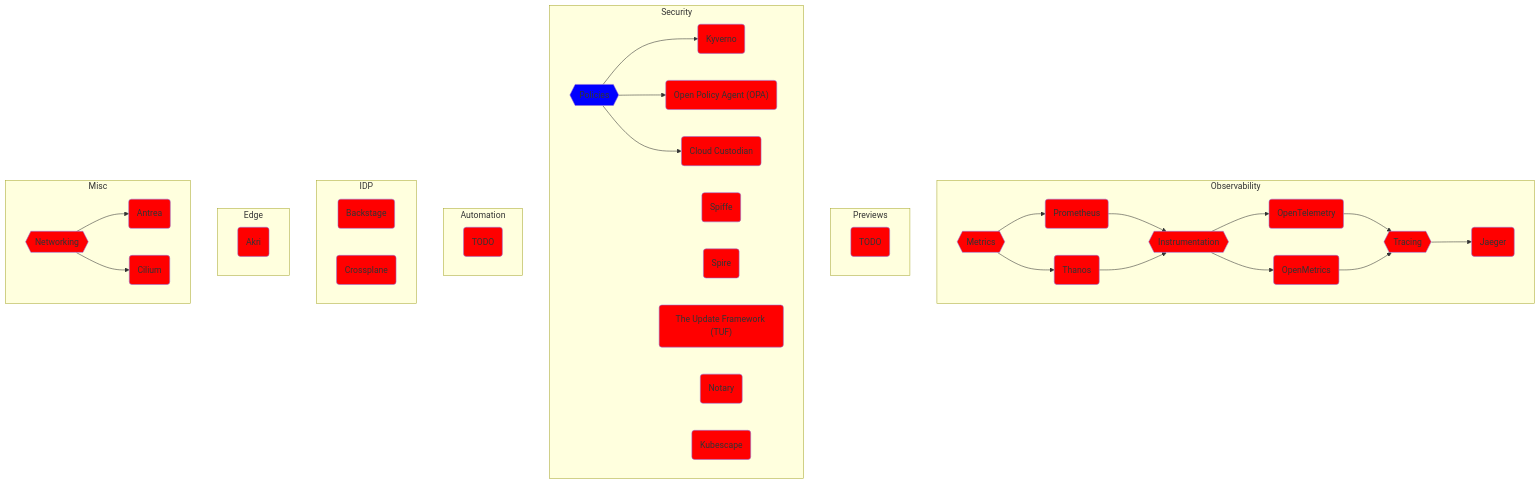
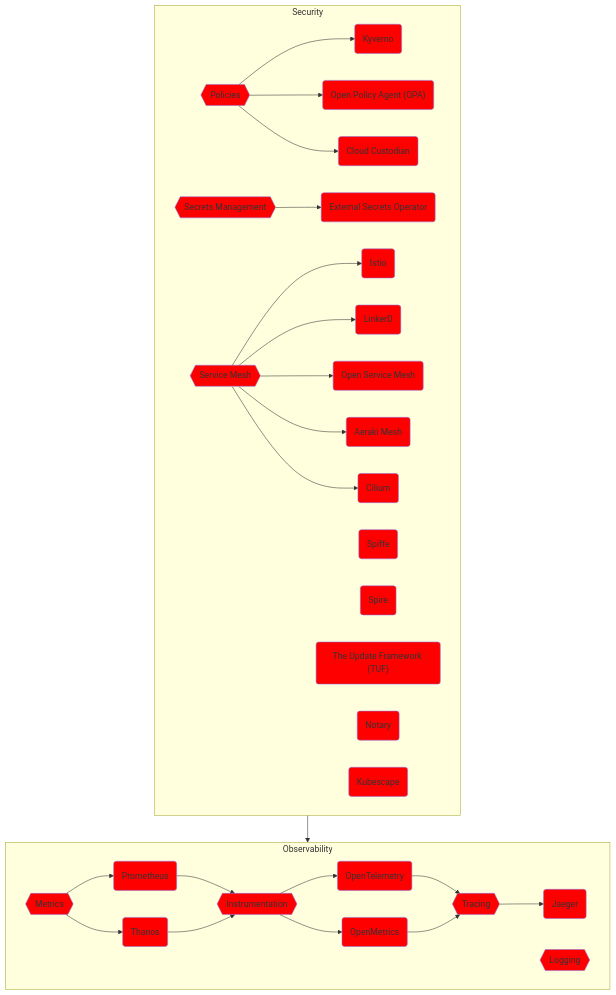
Before and after one commit to vfarcic/cncf-demo: the third of 8 diagrams in solution.md, drawn with Mermaid. The commit also changed other lines of this file and 2 other files, not shown here.

````diff
--- a/solution.md
+++ b/solution.md
@@ -390,5 +305,82 @@
 ```mermaid
 flowchart TD
+
+    subgraph Security
+
+        %% --------------
+        %% -- Policies --
+        %% --------------
+        policies{{Policies}}
+        click policies "https://github.com/vfarcic/cncf-demo/blob/main/manuscript/policies/story.md"
+        style policies fill:red
+        policies-kyverno(Kyverno)
+        click policies-kyverno "https://github.com/vfarcic/cncf-demo/blob/main/manuscript/policies/kyverno.md"
+        style policies-kyverno fill:red
+        policies-opa("Open Policy Agent (OPA)")
+        click policies-opa "https://github.com/vfarcic/cncf-demo/blob/main/manuscript/policies/opa.md"
+        style policies-opa fill:red
+        policies-cloud-custodian(Cloud Custodian)
+        click policies-cloud-custodian "https://github.com/vfarcic/cncf-demo/blob/main/manuscript/policies/cloud-custodian.md"
+        style policies-cloud-custodian fill:red
+
+        %% -- Policies Connections --
+        policies-->policies-kyverno
+        policies-->policies-opa
+        policies-->policies-cloud-custodian
+
+        %% ------------------------
+        %% -- Secrets Management --
+        %% ------------------------
+        secrets{{Secrets Management}}
+        click secrets "https://github.com/vfarcic/cncf-demo/blob/main/manuscript/secrets/story.md"
+        style secrets fill:red
+        external-secrets(External Secrets Operator)
+        click external-secrets "https://github.com/vfarcic/cncf-demo/blob/main/manuscript/secrets/external-secrets.md"
+        style external-secrets fill:red
+
+        %% -- Secrets Management Connections --
+        secrets-->external-secrets
+
+        %% ------------------
+        %% -- Service Mesh --
+        %% ------------------
+        service-mesh{{Service Mesh}}
+        click service-mesh "https://github.com/vfarcic/cncf-demo/blob/main/manuscript/service-mesh/story.md"
+        style service-mesh fill:red
+        service-mesh-istio(Istio)
+        click service-mesh-istio "https://github.com/vfarcic/cncf-demo/blob/main/manuscript/service-mesh/istio.md"
+        style service-mesh-istio fill:red
+        service-mesh-linkerd(LinkerD)
+        click service-mesh-linkerd "https://github.com/vfarcic/cncf-demo/blob/main/manuscript/service-mesh/linkerd.md"
+        style service-mesh-linkerd fill:red
+        service-mesh-open-service-mesh(Open Service Mesh)
+        click service-mesh-open-service-mesh "https://github.com/vfarcic/cncf-demo/blob/main/manuscript/service-mesh/open-service-mesh.md"
+        style service-mesh-open-service-mesh fill:red
+        service-mesh-aeraki-mesh(Aeraki Mesh)
+        click service-mesh-aeraki-mesh "https://github.com/vfarcic/cncf-demo/blob/main/manuscript/service-mesh/aeraki-mesh.md"
+        style service-mesh-aeraki-mesh fill:red
+        service-mesh-cilium(Cilium)
+        click service-mesh-cilium "https://github.com/vfarcic/cncf-demo/blob/main/manuscript/service-mesh/cilium.md"
+        style service-mesh-cilium fill:red
+        service-mesh --> service-mesh-istio & service-mesh-linkerd & service-mesh-open-service-mesh & service-mesh-aeraki-mesh & service-mesh-cilium
+
+        %% -----------
+        %% -- TODO: --
+        %% -----------
+        spiffe(Spiffe)
+        style spiffe fill:red
+        spire(Spire)
+        style spire fill:red
+        tuf("The Update Framework (TUF)")
+        style tuf fill:red
+        notary(Notary)
+        style notary fill:red
+        kubescape(Kubescape)
+        style kubescape fill:red
+
+    end
+
+    Security-->Observability
 
     subgraph Observability
 
@@ -431,92 +423,11 @@
         %% -- Tracing Connections --
         tracing-->tracing-jaeger
 
-    end
-
-    subgraph Previews
-
-        previews-todo(TODO)
-        style previews-todo fill:red
-
-    end
-
-    subgraph Security
-
-        %% --------------
-        %% -- Policies --
-        %% --------------
-        policies{{Policies}}
-        click policies "https://github.com/vfarcic/cncf-demo/blob/main/manuscript/policies/story.md"
-        style policies fill:blue
-        policies-kyverno(Kyverno)
-        click policies-kyverno "https://github.com/vfarcic/cncf-demo/blob/main/manuscript/policies/kyverno.md"
-        style policies-kyverno fill:red
-        policies-opa("Open Policy Agent (OPA)")
-        click policies-opa "https://github.com/vfarcic/cncf-demo/blob/main/manuscript/policies/opa.md"
-        style policies-opa fill:red
-        policies-cloud-custodian(Cloud Custodian)
-        click policies-cloud-custodian "https://github.com/vfarcic/cncf-demo/blob/main/manuscript/policies/cloud-custodian.md"
-        style policies-cloud-custodian fill:red
-
-        %% -- Policies Connections --
-        policies-->policies-kyverno
-        policies-->policies-opa
-        policies-->policies-cloud-custodian
-
-        %% -----------
-        %% -- TODO: --
-        %% -----------
-        spiffe(Spiffe)
-        style spiffe fill:red
-        spire(Spire)
-        style spire fill:red
-        tuf("The Update Framework (TUF)")
-        style tuf fill:red
-        notary(Notary)
-        style notary fill:red
-        kubescape(Kubescape)
-        style kubescape fill:red
-
-    end
-
-    subgraph Automation
-
-        automation-todo(TODO)
-        style automation-todo fill:red
-
-    end
-
-    subgraph IDP
-
-        backstage(Backstage)
-        style backstage fill:red
-        idp-crossplane(Crossplane)
-        style idp-crossplane fill:red
-
-    end
-
-    subgraph Edge
-
-        akri(Akri)
-        style akri fill:red
-
-    end
-
-    subgraph Misc
-
-        %% ----------------
-        %% -- Networking --
-        %% ----------------
-        networking{{Networking}}
-        style networking fill:red
-        networking-antrea(Antrea)
-        style networking-antrea fill:red
-        networking-cilium(Cilium)
-        style networking-cilium fill:red
-
-        %% -- Networking Connections --
-        networking-->networking-antrea
-        networking-->networking-cilium
+        %% -------------
+        %% -- Logging --
+        %% -------------
+        logging{{Logging}}
+        style logging fill:red
 
     end
 ```
````
